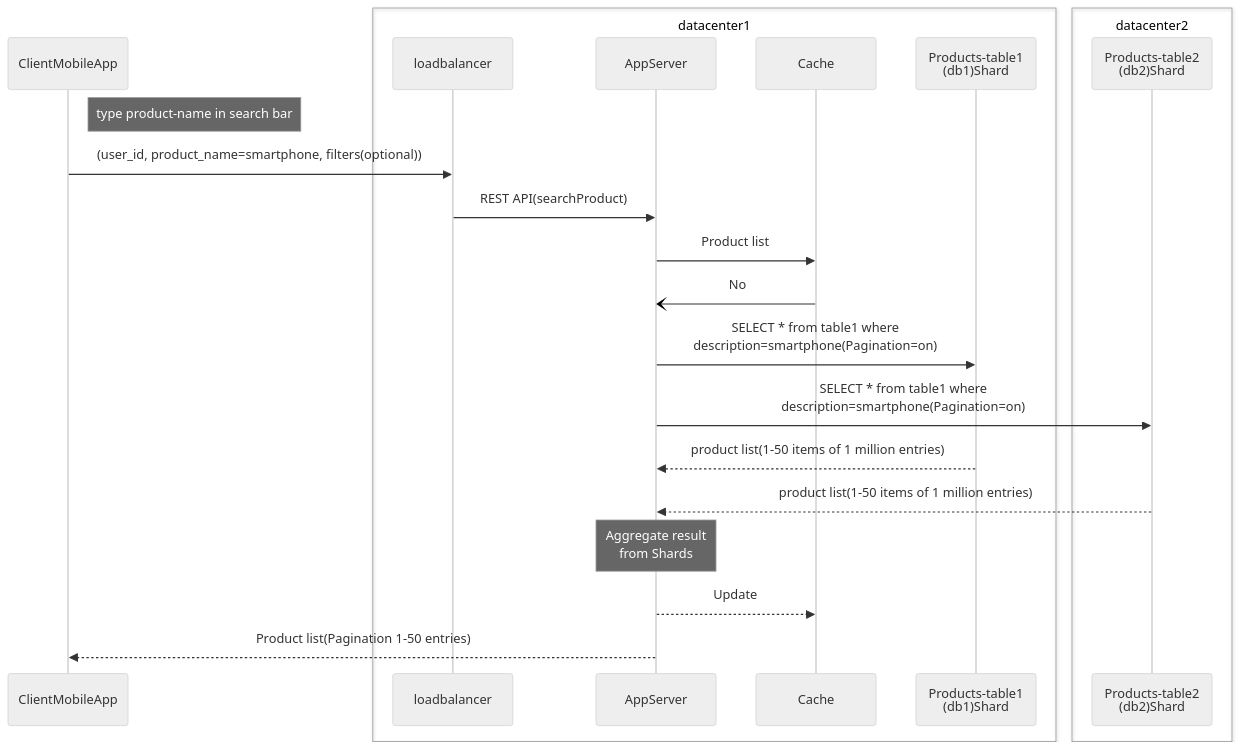
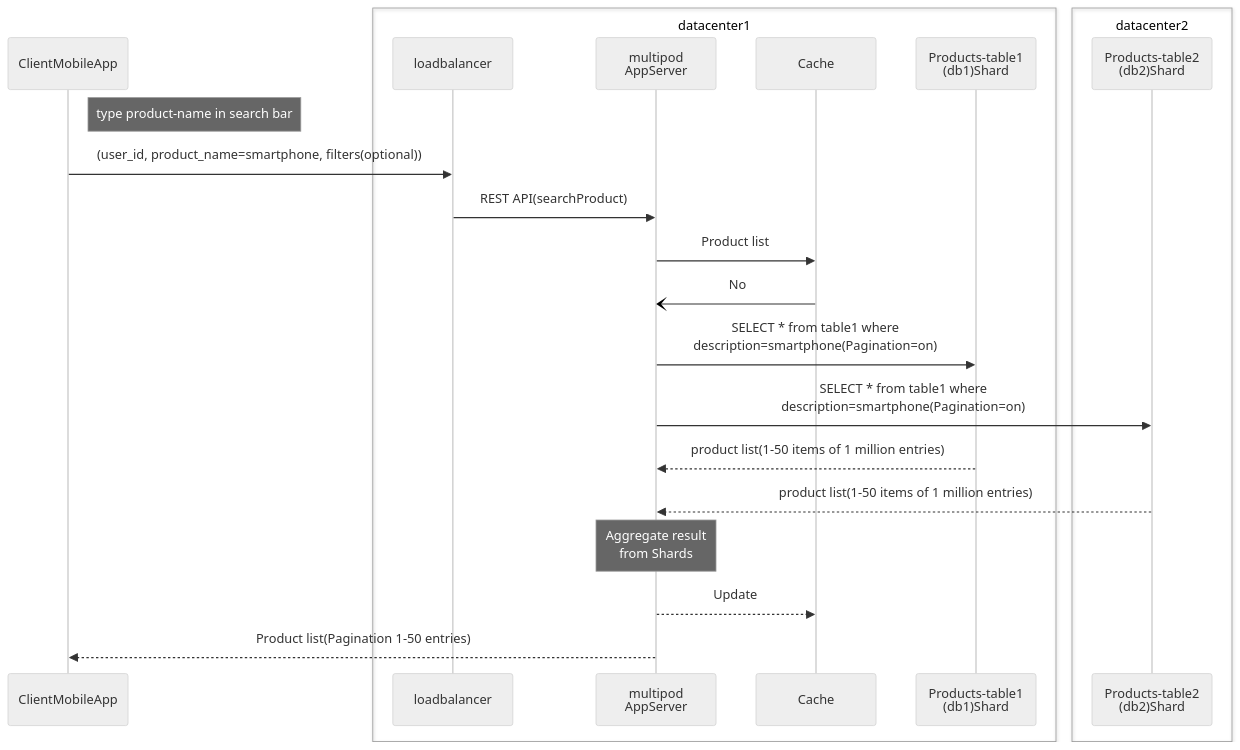
The second of 2 diagrams in System-Design/Scalable/Ecommerce_Systems/Amazon/README.adoc (code-with-amitk/Code-examples), drawn with Mermaid (neutral theme) before and after one commit. The commit also changed other lines of this file, not shown here.

````diff
--- a/System-Design/Scalable/Ecommerce_Systems/Amazon/README.adoc
+++ b/System-Design/Scalable/Ecommerce_Systems/Amazon/README.adoc
@@ -116,27 +116,27 @@
 ```mermaid
 sequenceDiagram
   participant u as ClientMobileApp
   box datacenter1
   participant lb as loadbalancer
-  participant app as AppServer
+  participant app as multipod<br>AppServer
   participant ca as Cache
   participant ptdb1 as Products-table1<br>(db1)Shard
   end
   box datacenter2
   participant ptdb2 as Products-table2<br>(db2)Shard
   end
 
   Note right of u: type product-name in search bar
   u ->> lb: (user_id, product_name=smartphone, filters(optional))
   
   lb ->> app: REST API(searchProduct)
   app ->> ca: Product list
   ca -) app: No
   app ->> ptdb1: SELECT * from table1 where <br>description=smartphone(Pagination=on)
   app ->> ptdb2: SELECT * from table1 where <br>description=smartphone(Pagination=on)
   ptdb1 -->> app: product list(1-50 items of 1 million entries)
   ptdb2 -->> app: product list(1-50 items of 1 million entries)
   Note over app: Aggregate result<br>from Shards
   app -->> ca: Update
   app -->> u: Product list(Pagination 1-50 entries)
 ```
````
